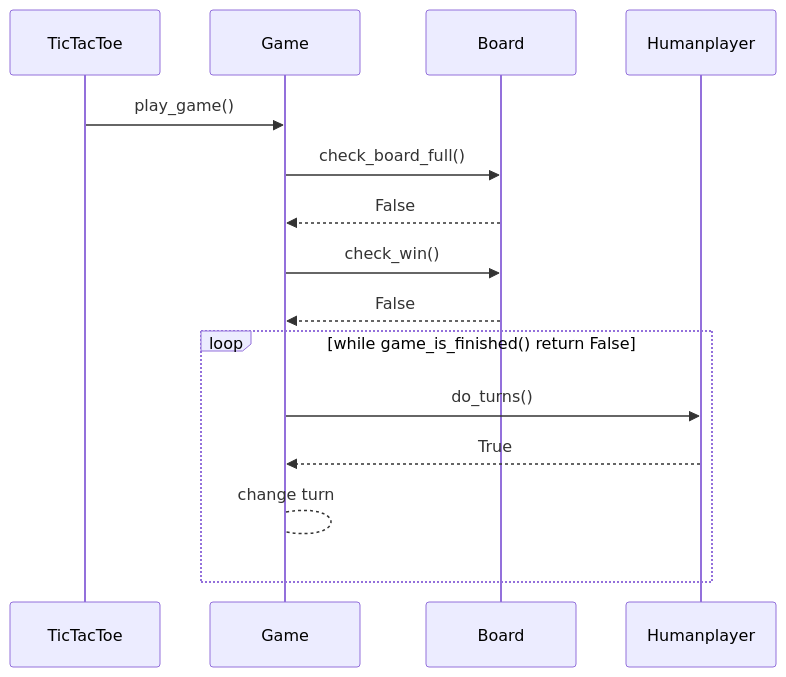
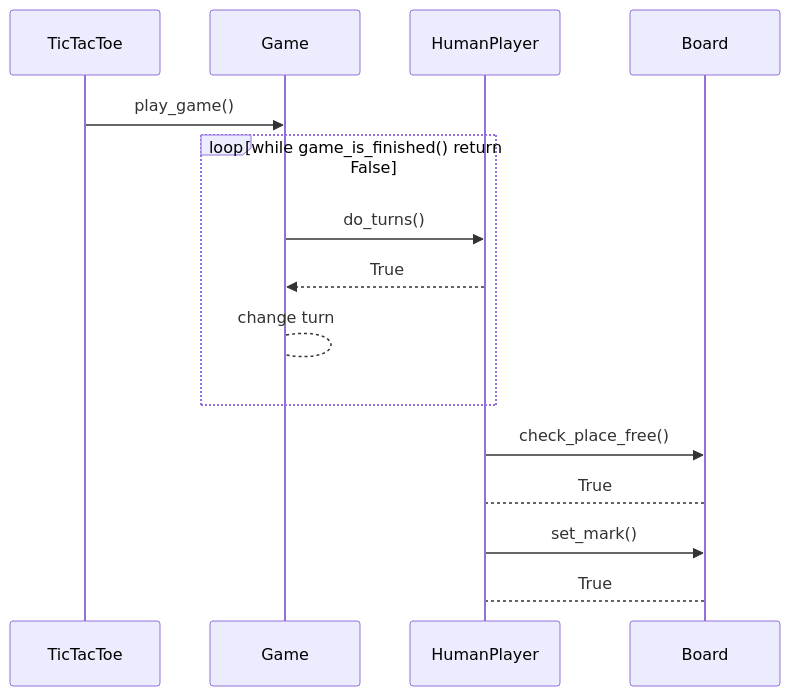
Before and after one commit to lauurap/ot-harjoitustyo: the second of 2 diagrams in dokumentaatio/arkkitehtuuri.md, drawn with Mermaid.

Commit message:
arkkitehtuuri

````diff
--- a/dokumentaatio/arkkitehtuuri.md
+++ b/dokumentaatio/arkkitehtuuri.md
@@ -85,13 +85,16 @@
 ```mermaid
  sequenceDiagram
       TicTacToe ->> Game : play_game()
-      Game ->> Board : check_board_full()
-      Board -->> Game : False
-      Game ->> Board : check_win()
-      Board -->> Game : False
+
       loop while game_is_finished() return False
-          Game ->> Humanplayer : do_turns()
-          Humanplayer -->> Game : True
+          Game ->> HumanPlayer : do_turns()
+          HumanPlayer -->> Game : True
           Game --> Game : change turn
       end
+      HumanPlayer ->> Board : check_place_free()
+      Board --> HumanPlayer : True
+      HumanPlayer ->> Board : set_mark()
+      Board --> HumanPlayer : True
+
+
 ```
````
